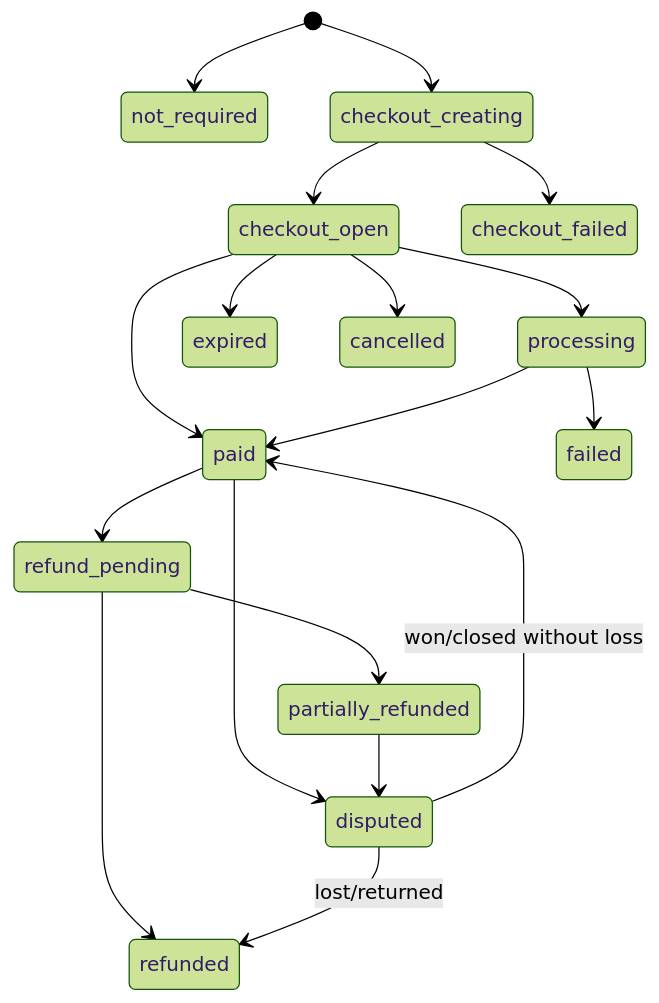
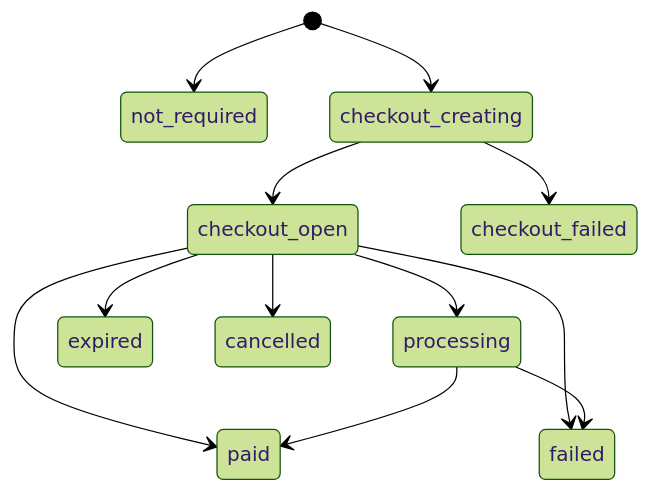
One commit to Run-MPRC/Run-MPRC.github.io changed the first of 3 diagrams in STRIPE_COMMERCE_DESIGN.md. Above: the diagram before and after it, drawn with Mermaid (forest theme). The commit also changed other lines of this file and 7 other files, not shown here.

````diff
--- a/STRIPE_COMMERCE_DESIGN.md
+++ b/STRIPE_COMMERCE_DESIGN.md
@@ -369,20 +369,14 @@
 ```mermaid
 stateDiagram-v2
     [*] --> not_required
     [*] --> checkout_creating
     checkout_creating --> checkout_open
     checkout_creating --> checkout_failed
     checkout_open --> processing
     checkout_open --> paid
+    checkout_open --> failed
     checkout_open --> expired
     checkout_open --> cancelled
     processing --> paid
     processing --> failed
-    paid --> refund_pending
-    refund_pending --> partially_refunded
-    refund_pending --> refunded
-    paid --> disputed
-    partially_refunded --> disputed
-    disputed --> paid: won/closed without loss
-    disputed --> refunded: lost/returned
 ```
````
